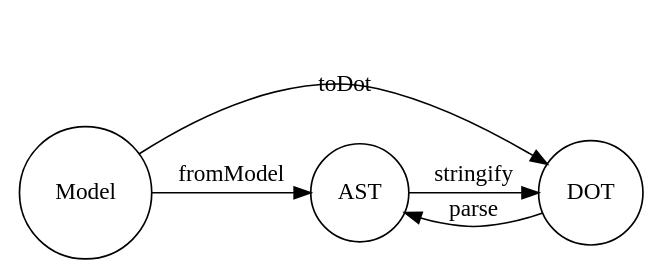
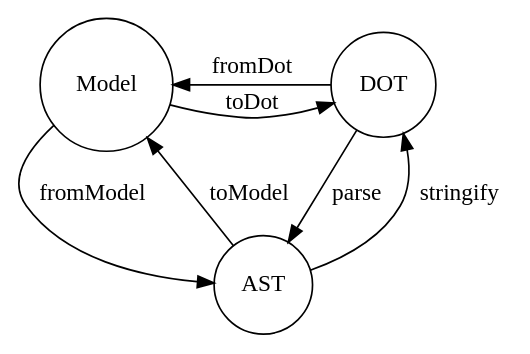
One commit to ts-graphviz/ts-graphviz changed the diagram in media/state-machine.dot. Above: the diagram before and after it, drawn with Graphviz. The commit also changed 28 other files, not shown here.

Commit message:
feat: add ast to model API

```diff
--- a/media/state-machine.dot
+++ b/media/state-machine.dot
@@ -1,10 +1,12 @@
 digraph state_machine {
+  newrank=true;
+
   node [ shape = circle ]
 
-  { rank = same; Model; AST; DOT; }
-
-  Model -> DOT [ label = "toDot" ]
-  AST   -> DOT [ label = "stringify" ]
-  DOT   -> AST [ label = "parse" ]
-  Model -> AST [ label = "fromModel" ]
+  Model -> DOT   [ label = "toDot", constraint = false ]
+  AST   -> DOT   [ label = "stringify" ]
+  DOT   -> AST   [ label = "parse" ]
+  Model -> AST   [ label = "fromModel" ]
+  AST   -> Model [ label = "toModel" ]
+  DOT   -> Model [ label = "fromDot", constraint = false ]
 }
```
